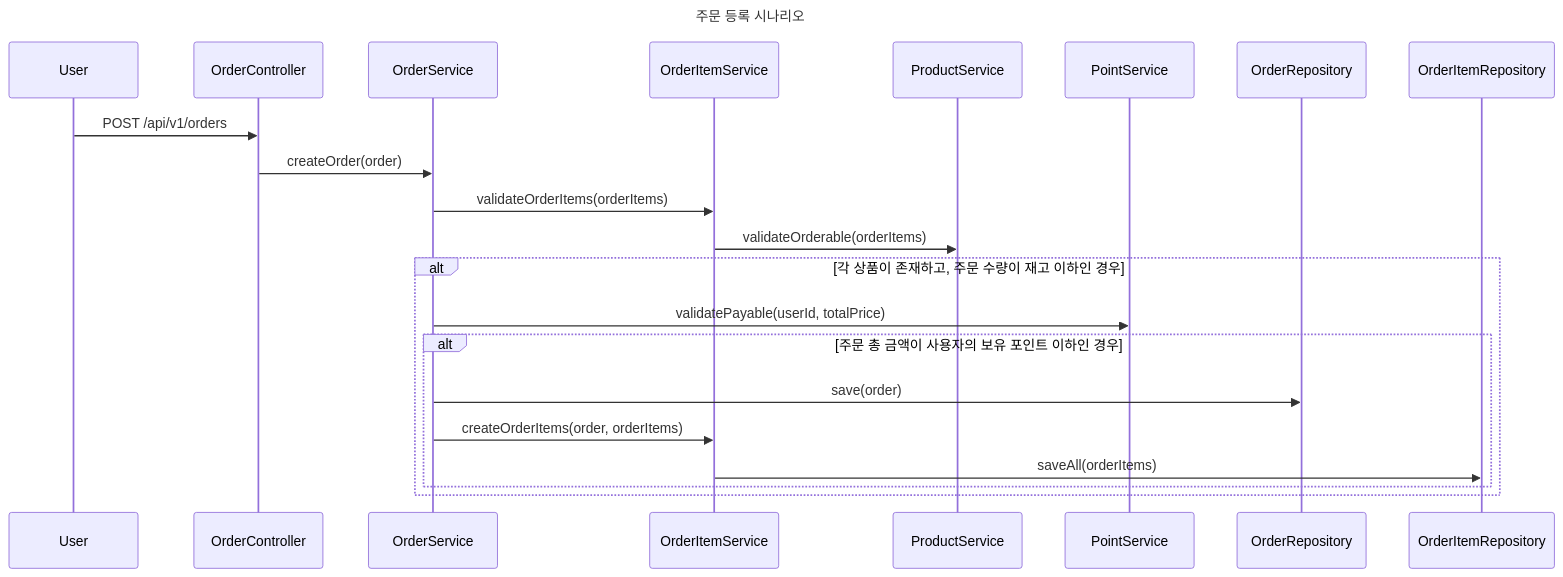
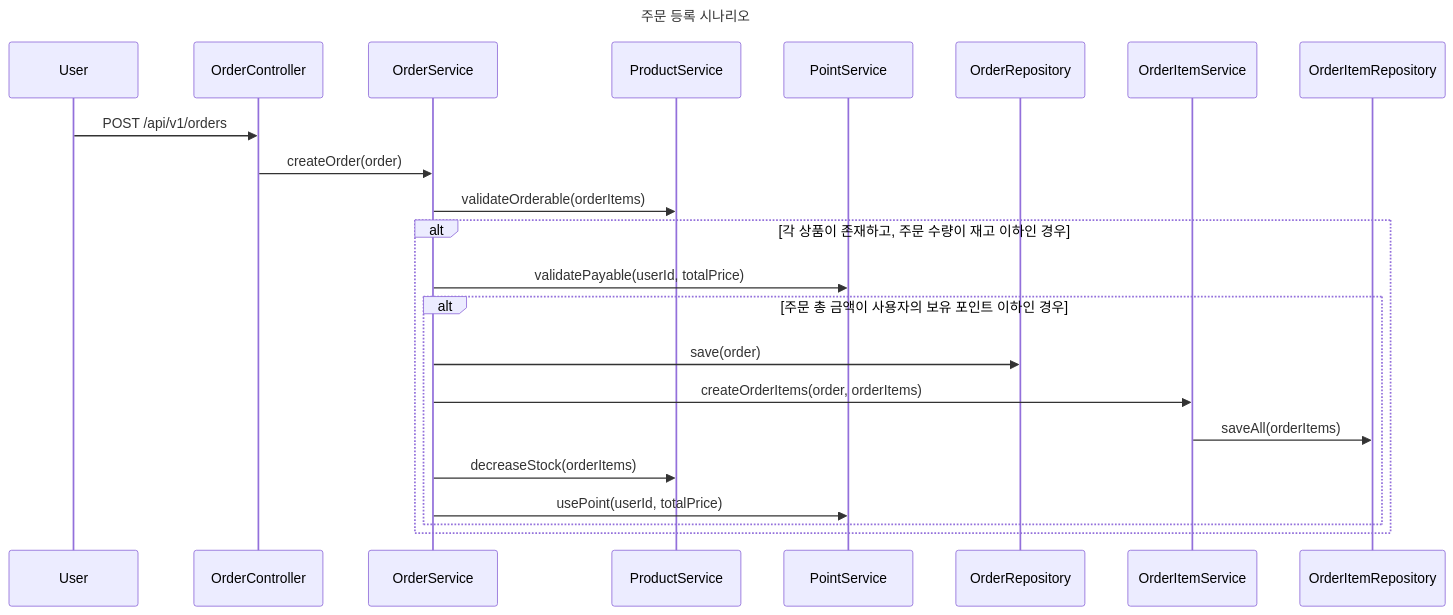
Before and after one commit to lim-jaein/loopers-ecommerce: the second of 2 diagrams in .docs/02-sequence-diagrams.md, drawn with Mermaid.

Commit message:
docs : 시퀀스 다이어그램 수정 - 애그리거트 루트가 다른 도메인을 수정할 수 있도록 함 - 재고차감, 포인트차감 추가

````diff
--- a/.docs/02-sequence-diagrams.md
+++ b/.docs/02-sequence-diagrams.md
@@ -29,28 +29,28 @@
 ```mermaid
 sequenceDiagram
     title 주문 등록 시나리오
     participant User
     participant OrderController
     participant OrderService
-    participant OrderItemService
     participant ProductService
     participant PointService
     participant OrderRepository
+    participant OrderItemService
     participant OrderItemRepository
 
     User->>OrderController: POST /api/v1/orders
     OrderController->>OrderService: createOrder(order)
-
-    OrderService->>OrderItemService: validateOrderItems(orderItems)
-    OrderItemService->>ProductService: validateOrderable(orderItems)
+    OrderService->>ProductService: validateOrderable(orderItems)
 
     alt 각 상품이 존재하고, 주문 수량이 재고 이하인 경우
         OrderService->>PointService: validatePayable(userId, totalPrice)
 
         alt 주문 총 금액이 사용자의 보유 포인트 이하인 경우
             OrderService->>OrderRepository: save(order)
             OrderService->>OrderItemService: createOrderItems(order, orderItems)
             OrderItemService->>OrderItemRepository: saveAll(orderItems)
+            OrderService->>ProductService: decreaseStock(orderItems)
+            OrderService->>PointService: usePoint(userId, totalPrice)
         end
     end
 ```
````
